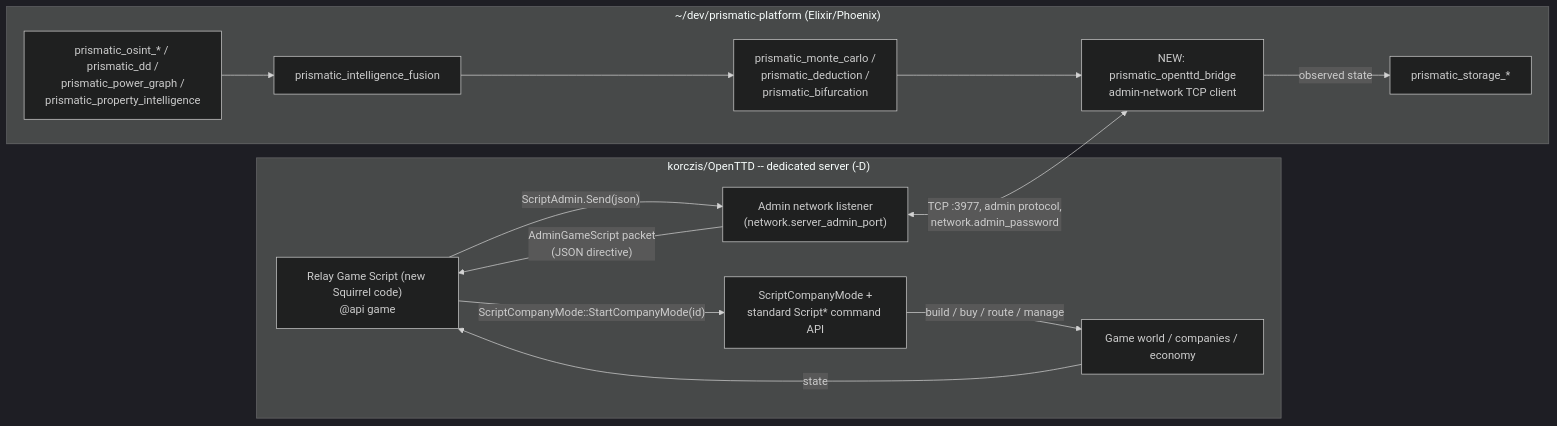
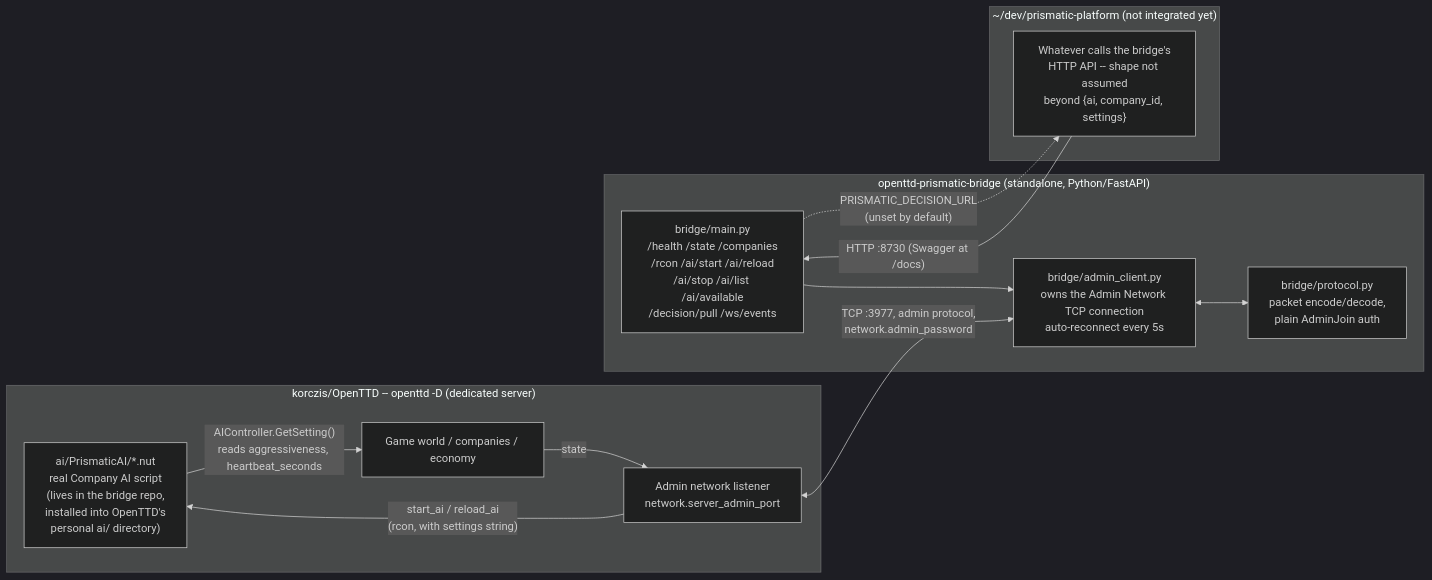
Before and after one commit to korczis/OpenTTD: the first of 3 diagrams in research/prismatic-bridge/ARCHITECTURE.md, drawn with Mermaid (dark theme). The commit also changed other lines of this file and 1 other file, not shown here.

````diff
--- a/research/prismatic-bridge/ARCHITECTURE.md
+++ b/research/prismatic-bridge/ARCHITECTURE.md
@@ -33,28 +48,29 @@
 ```mermaid
 flowchart LR
-    subgraph OpenTTD["korczis/OpenTTD -- dedicated server (-D)"]
-        GS["Relay Game Script (new Squirrel code)<br/>@api game"]
-        CM["ScriptCompanyMode +<br/>standard Script* command API"]
+    subgraph OpenTTD["korczis/OpenTTD -- openttd -D (dedicated server)"]
+        AI["ai/PrismaticAI/*.nut<br/>real Company AI script<br/>(lives in the bridge repo,<br/>installed into OpenTTD's<br/>personal ai/ directory)"]
         World["Game world / companies / economy"]
-        Admin["Admin network listener<br/>(network.server_admin_port)"]
+        AdminSrv["Admin network listener<br/>network.server_admin_port"]
 
-        Admin -- "AdminGameScript packet<br/>(JSON directive)" --> GS
-        GS -- "ScriptCompanyMode::StartCompanyMode(id)" --> CM
-        CM -- "build / buy / route / manage" --> World
-        World -- "state" --> GS
-        GS -- "ScriptAdmin.Send(json)" --> Admin
+        AdminSrv -- "start_ai / reload_ai<br/>(rcon, with settings string)" --> AI
+        AI -- "AIController.GetSetting()<br/>reads aggressiveness, heartbeat_seconds" --> World
+        World -- "state" --> AdminSrv
     end
 
-    subgraph Prismatic["~/dev/prismatic-platform (Elixir/Phoenix)"]
-        Client["NEW: prismatic_openttd_bridge<br/>admin-network TCP client"]
-        Fusion["prismatic_intelligence_fusion"]
-        Model["prismatic_monte_carlo /<br/>prismatic_deduction /<br/>prismatic_bifurcation"]
-        Real["prismatic_osint_* / prismatic_dd /<br/>prismatic_power_graph /<br/>prismatic_property_intelligence"]
-        Storage["prismatic_storage_*"]
+    subgraph Bridge["openttd-prismatic-bridge (standalone, Python/FastAPI)"]
+        AdminClient["bridge/admin_client.py<br/>owns the Admin Network TCP connection<br/>auto-reconnect every 5s"]
+        Protocol["bridge/protocol.py<br/>packet encode/decode,<br/>plain AdminJoin auth"]
+        REST["bridge/main.py<br/>/health /state /companies<br/>/rcon /ai/start /ai/reload<br/>/ai/stop /ai/list /ai/available<br/>/decision/pull /ws/events"]
 
-        Real --> Fusion --> Model --> Client
-        Client -- "observed state" --> Storage
+        AdminClient <--> Protocol
+        REST --> AdminClient
     end
 
-    Admin <-- "TCP :3977, admin protocol,<br/>network.admin_password" --> Client
+    subgraph Prismatic["~/dev/prismatic-platform (not integrated yet)"]
+        Consumer["Whatever calls the bridge's<br/>HTTP API -- shape not assumed<br/>beyond {ai, company_id, settings}"]
+    end
+
+    AdminSrv <-- "TCP :3977, admin protocol,<br/>network.admin_password" --> AdminClient
+    Consumer -- "HTTP :8730 (Swagger at /docs)" --> REST
+    REST -. "PRISMATIC_DECISION_URL<br/>(unset by default)" .-> Consumer
 ```
````
